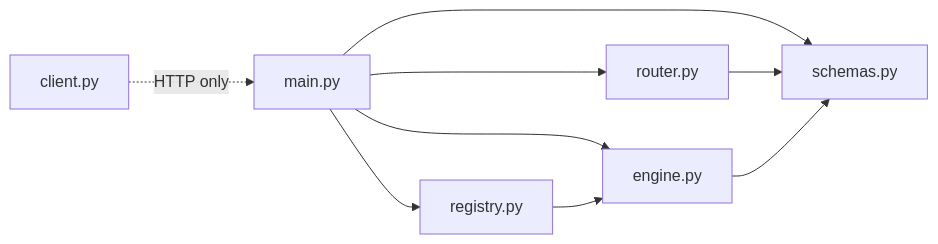
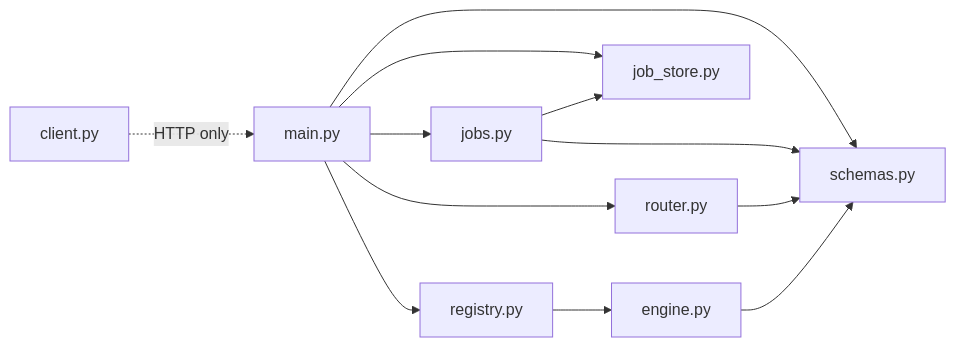
Before and after one commit to kirank93611/vid-gen-sdxl-pipe: the second of 10 diagrams in LLD.md, drawn with Mermaid. The commit also changed other lines of this file and 62 other files, not shown here.

````diff
--- a/LLD.md
+++ b/LLD.md
@@ -60,18 +71,23 @@
 ```mermaid
 flowchart LR
     main[main.py]
     schemas[schemas.py]
     router[router.py]
     registry[registry.py]
+    jobs[jobs.py]
+    store[job_store.py]
     engine[engine.py]
     client[client.py]
 
     main --> schemas
     main --> router
     main --> registry
-    main --> engine
+    main --> jobs
+    main --> store
+    jobs --> store
+    jobs --> schemas
     registry --> engine
     router --> schemas
     engine --> schemas
     client -.->|HTTP only| main
 ```
````
